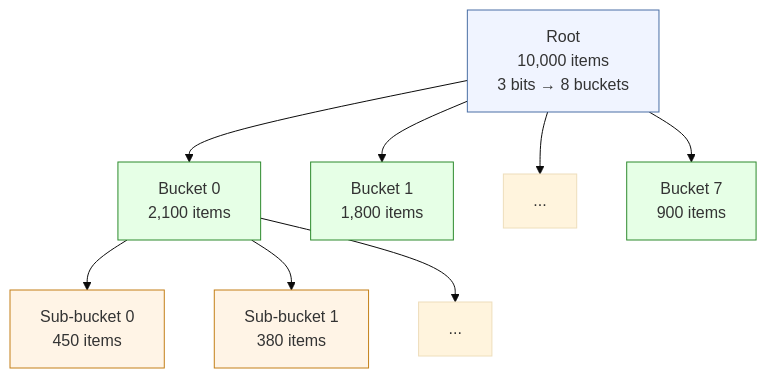
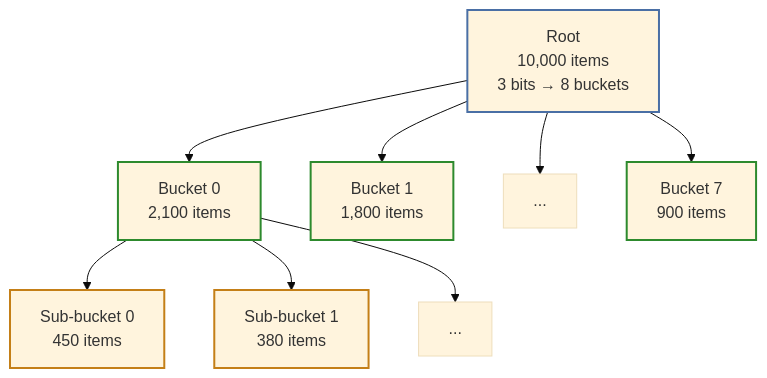
One commit to jdonaldson/dyf changed the third of 4 diagrams in docs/how-it-works.qmd. Above: the diagram before and after it, drawn with Mermaid (base theme). The commit also changed other lines of this file and 1 other file, not shown here.

First line of the commit message:
Fix Mermaid rendering: use <br/> for line breaks, stroke-only for theme compat

````diff
--- a/docs/how-it-works.qmd
+++ b/docs/how-it-works.qmd
@@ -130,19 +130,19 @@
 ```{mermaid}
 %%| fig-width: 8
 graph TD
-    R["Root\n10,000 items\n3 bits → 8 buckets"] --> A["Bucket 0\n2,100 items"]
-    R --> B["Bucket 1\n1,800 items"]
+    R["Root<br/>10,000 items<br/>3 bits → 8 buckets"] --> A["Bucket 0<br/>2,100 items"]
+    R --> B["Bucket 1<br/>1,800 items"]
     R --> C["..."]
-    R --> D["Bucket 7\n900 items"]
+    R --> D["Bucket 7<br/>900 items"]
 
-    A --> A1["Sub-bucket 0\n450 items"]
-    A --> A2["Sub-bucket 1\n380 items"]
+    A --> A1["Sub-bucket 0<br/>450 items"]
+    A --> A2["Sub-bucket 1<br/>380 items"]
     A --> A3["..."]
 
-    style R fill:#f0f4ff,stroke:#4a6fa5
-    style A fill:#e6ffe6,stroke:#2d8a2d
-    style B fill:#e6ffe6,stroke:#2d8a2d
-    style D fill:#e6ffe6,stroke:#2d8a2d
-    style A1 fill:#fff4e6,stroke:#c47f17
-    style A2 fill:#fff4e6,stroke:#c47f17
+    style R stroke:#4a6fa5,stroke-width:2
+    style A stroke:#2d8a2d,stroke-width:2
+    style B stroke:#2d8a2d,stroke-width:2
+    style D stroke:#2d8a2d,stroke-width:2
+    style A1 stroke:#c47f17,stroke-width:2
+    style A2 stroke:#c47f17,stroke-width:2
 ```
````
